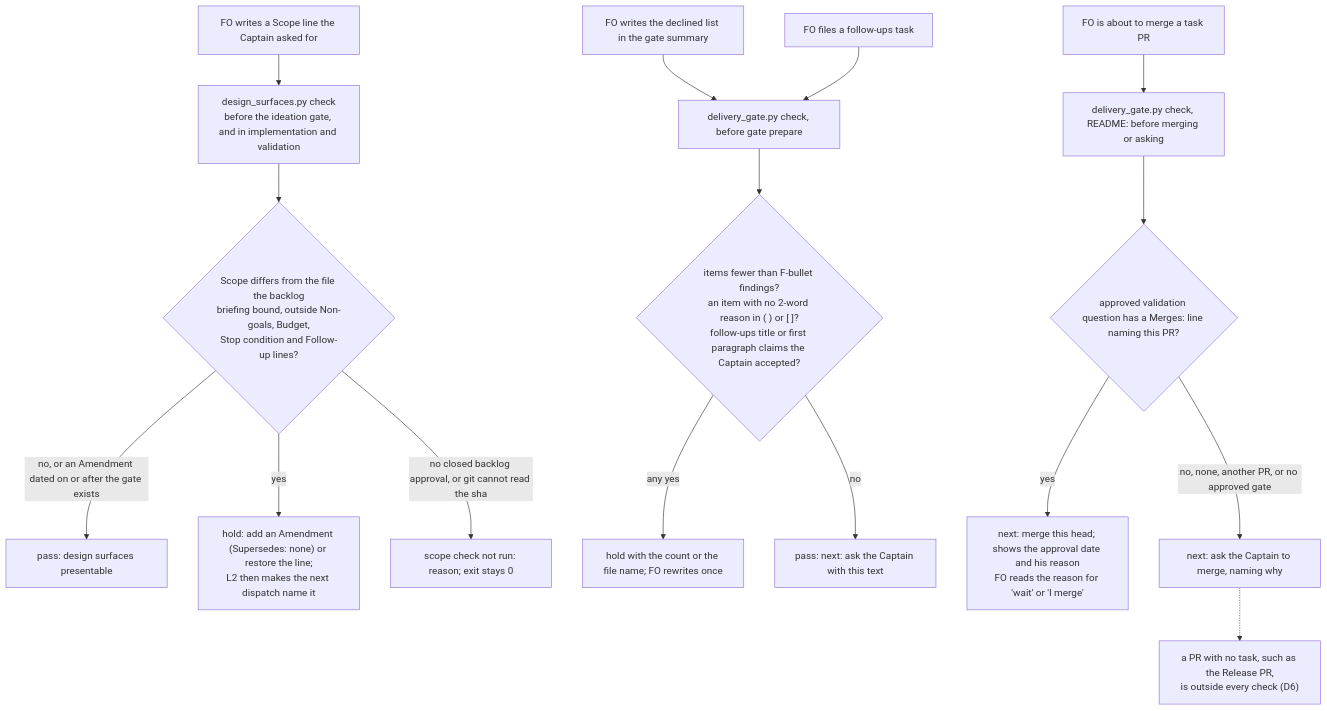
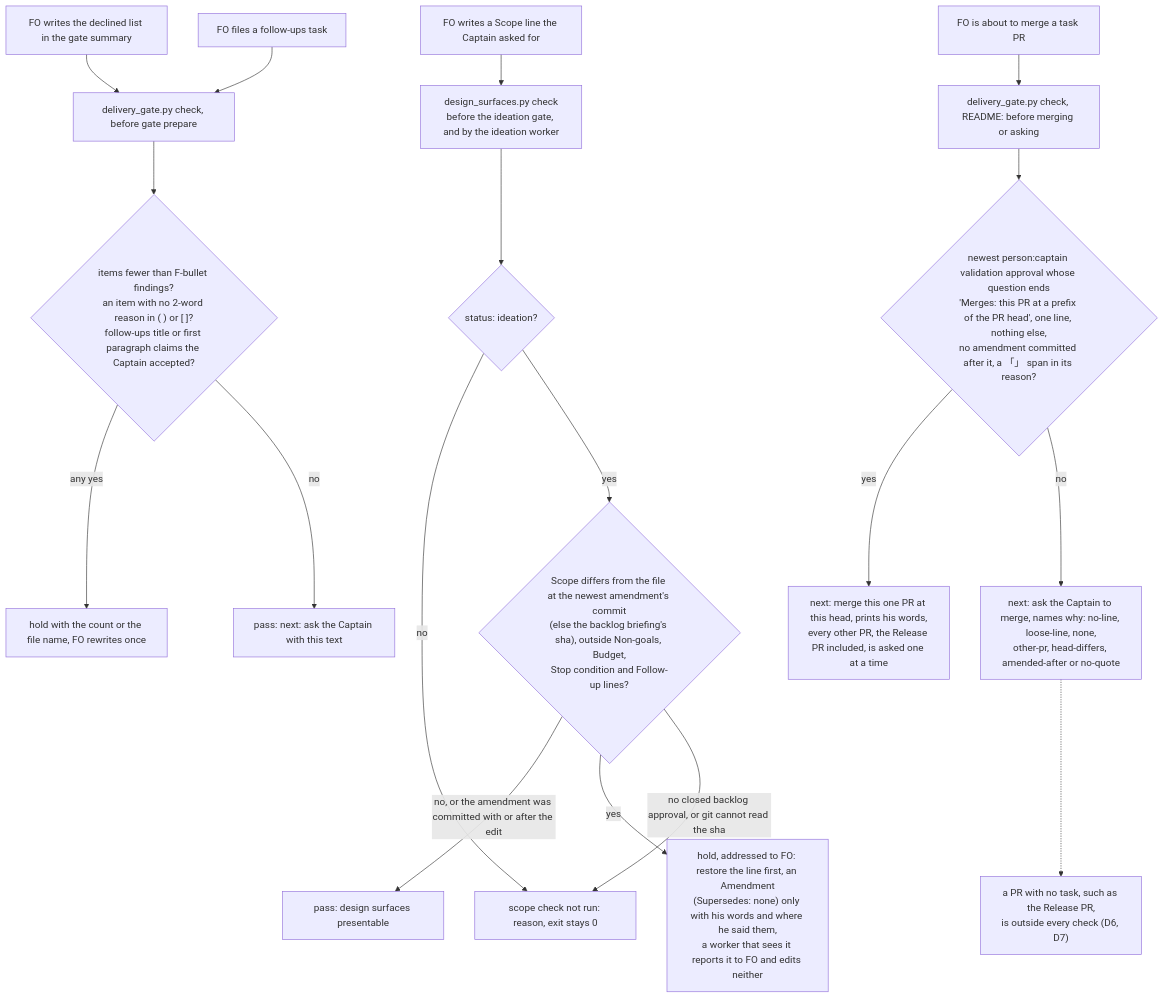
One commit to iamcxa/kc-claude-plugins changed the first of 2 diagrams in fo-write-rules-checked.md. Above: the diagram before and after it, drawn with Mermaid. The commit also changed other lines of this file and 14 other files, not shown here.

````diff
--- a/fo-write-rules-checked.md
+++ b/fo-write-rules-checked.md
@@ -130,20 +172,22 @@
 ```mermaid
 flowchart TD
-    W3["FO writes a Scope line the Captain asked for"] --> S3["design_surfaces.py check<br/>before the ideation gate, and in implementation and validation"]
-    S3 --> Q3{"Scope differs from the file the backlog<br/>briefing bound, outside Non-goals, Budget,<br/>Stop condition and Follow-up lines?"}
-    Q3 -->|"no, or an Amendment dated on or after the gate exists"| P3["pass: design surfaces presentable"]
-    Q3 -->|"yes"| H3["hold: add an Amendment (Supersedes: none) or restore the line;<br/>L2 then makes the next dispatch name it"]
-    Q3 -->|"no closed backlog approval, or git cannot read the sha"| N3["scope check not run: reason; exit stays 0"]
+    W3["FO writes a Scope line the Captain asked for"] --> S3["design_surfaces.py check<br/>before the ideation gate, and by the ideation worker"]
+    S3 --> G3{"status: ideation?"}
+    G3 -->|"no"| N3["scope check not run: reason, exit stays 0"]
+    G3 -->|"yes"| Q3{"Scope differs from the file at the newest amendment's commit<br/>(else the backlog briefing's sha), outside Non-goals, Budget,<br/>Stop condition and Follow-up lines?"}
+    Q3 -->|"no, or the amendment was committed with or after the edit"| P3["pass: design surfaces presentable"]
+    Q3 -->|"yes"| H3["hold, addressed to FO: restore the line first, an Amendment<br/>(Supersedes: none) only with his words and where he said them,<br/>a worker that sees it reports it to FO and edits neither"]
+    Q3 -->|"no closed backlog approval, or git cannot read the sha"| N3
 
     W2["FO writes the declined list in the gate summary"] --> S2["delivery_gate.py check, before gate prepare"]
     W1["FO files a follow-ups task"] --> S2
     S2 --> Q2{"items fewer than F-bullet findings?<br/>an item with no 2-word reason in ( ) or [ ]?<br/>follow-ups title or first paragraph claims the Captain accepted?"}
-    Q2 -->|"any yes"| H2["hold with the count or the file name; FO rewrites once"]
+    Q2 -->|"any yes"| H2["hold with the count or the file name, FO rewrites once"]
     Q2 -->|"no"| P2["pass: next: ask the Captain with this text"]
 
     W4["FO is about to merge a task PR"] --> S4["delivery_gate.py check, README: before merging or asking"]
-    S4 --> Q4{"approved validation question has a Merges: line naming this PR?"}
-    Q4 -->|"yes"| M4["next: merge this head; shows the approval date and his reason<br/>FO reads the reason for 'wait' or 'I merge'"]
-    Q4 -->|"no, none, another PR, or no approved gate"| A4["next: ask the Captain to merge, naming why"]
-    A4 -.-> R4["a PR with no task, such as the Release PR,<br/>is outside every check (D6)"]
+    S4 --> Q4{"newest person:captain validation approval whose question ends<br/>'Merges: this PR at a prefix of the PR head', one line, nothing else,<br/>no amendment committed after it, a 「」 span in its reason?"}
+    Q4 -->|"yes"| M4["next: merge this one PR at this head, prints his words,<br/>every other PR, the Release PR included, is asked one at a time"]
+    Q4 -->|"no"| A4["next: ask the Captain to merge, names why: no-line, loose-line, none,<br/>other-pr, head-differs, amended-after or no-quote"]
+    A4 -.-> R4["a PR with no task, such as the Release PR,<br/>is outside every check (D6, D7)"]
 ```
````
